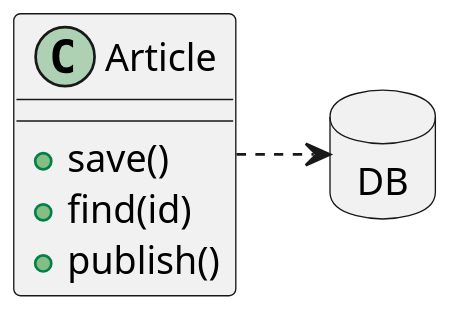
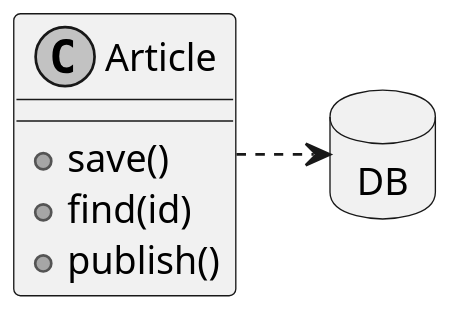
The second of 4 diagrams in rich-domain-model/README.md (sergio-fry/slides), drawn with PlantUML before and after one commit. The commit also changed other lines of this file and 1 other file, not shown here.

````diff
--- a/rich-domain-model/README.md
+++ b/rich-domain-model/README.md
@@ -215,15 +253,16 @@
 ```plantuml
+skinparam monochrome true
 allow_mixing
 scale 2
 
-database "DB" as db
+database DB
 
-  class "Article" as article_ar {
-    +save()
-    +find(id)
-    +publish()
-  }
+class Article {
+  +save()
+  +find(id)
+  +publish()
+}
 
-  article_ar .right.> db
+Article .right.> DB
 
 ```
````
